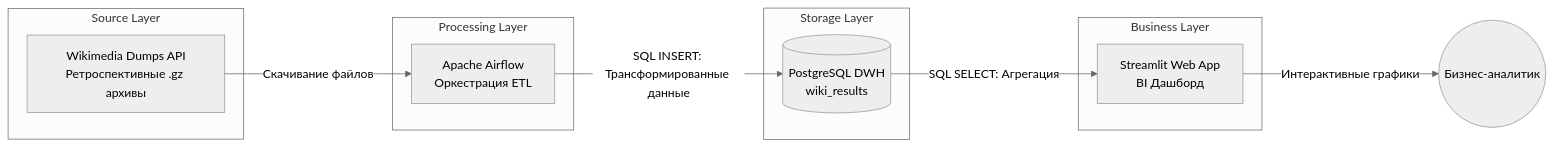
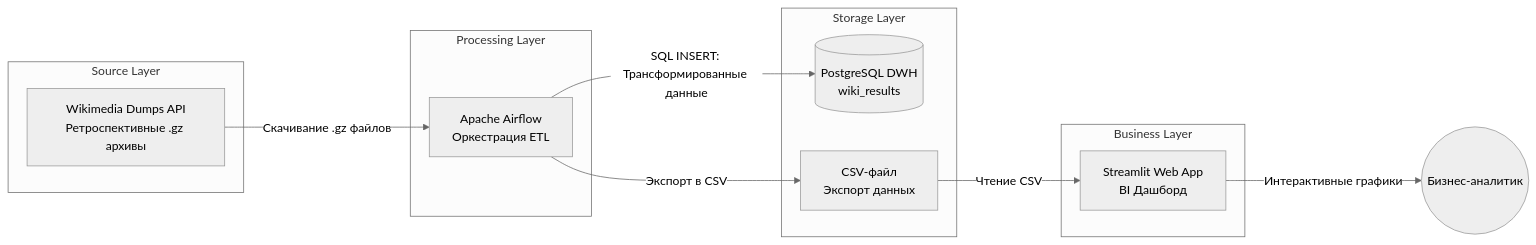
The first of 3 diagrams in practice/business_case_stocksense_26/README.md (BosenkoTM/workshop-on-ETL), drawn with Mermaid (neutral theme) before and after one commit. The commit also changed other lines of this file, not shown here.

````diff
--- a/practice/business_case_stocksense_26/README.md
+++ b/practice/business_case_stocksense_26/README.md
@@ -33,25 +29,27 @@
 ```mermaid
 graph LR
     subgraph Source Layer
         API[Wikimedia Dumps API<br/>Ретроспективные .gz архивы]
     end
 
     subgraph Processing Layer
         AF[Apache Airflow<br/>Оркестрация ETL]
     end
 
     subgraph Storage Layer
         DB[(PostgreSQL DWH<br/>wiki_results)]
+        CSV[CSV-файл<br/>Экспорт данных]
     end
 
     subgraph Business Layer
         BI[Streamlit Web App<br/>BI Дашборд]
     end
 
     User((Бизнес-аналитик))
 
-    API -->|Скачивание файлов| AF
+    API -->|Скачивание .gz файлов| AF
     AF -->|SQL INSERT: Трансформированные данные| DB
-    DB -->|SQL SELECT: Агрегация| BI
+    AF -->|Экспорт в CSV| CSV
+    CSV -->|Чтение CSV| BI
     BI -->|Интерактивные графики| User
 ```
````
